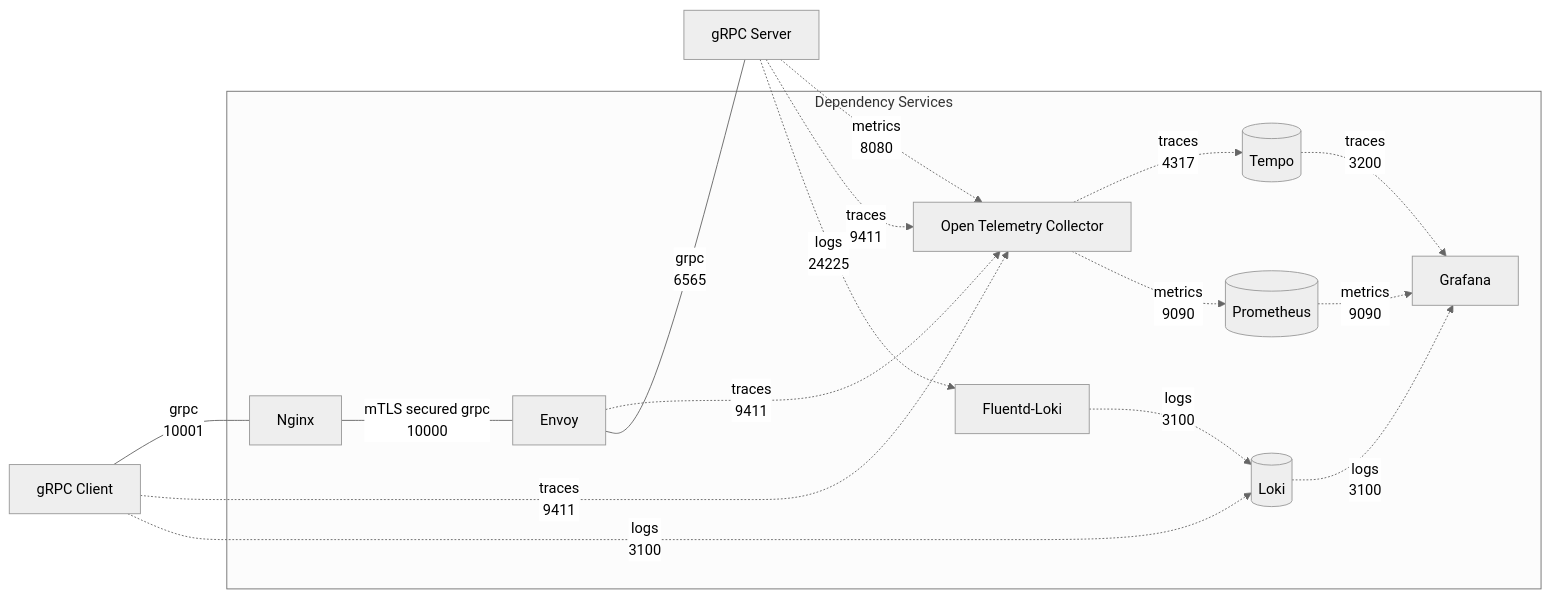
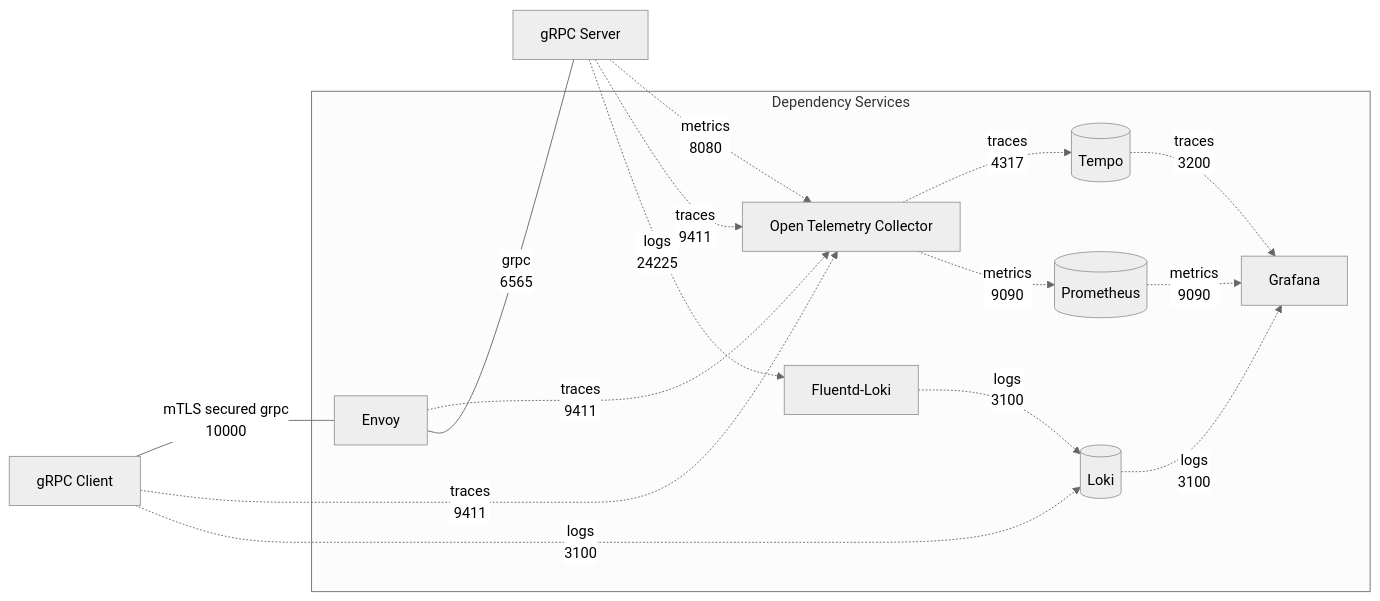
Before and after one commit to AccelByte/grpc-plugin-dependencies: the diagram in README.md, drawn with Mermaid (neutral theme). The commit also changed other lines of this file and 2 other files, not shown here.

Commit message:
chore: remove nginx

````diff
--- a/README.md
+++ b/README.md
@@ -5,30 +5,29 @@
 ```mermaid
 flowchart LR
     CL[gRPC Client]
     SV[gRPC Server]
 	EN[Envoy]
-    NX[Nginx]
 	OT[Open Telemetry Collector]
     TM[(Tempo)]
     LK[(Loki)]
     PM[(Prometheus)]
     GF[Grafana]	
     FL[Fluentd-Loki]
 	subgraph Dependency Services
-        NX ---|mTLS secured grpc\n10000| EN
+
         EN -.->|traces\n9411| OT
         OT -.->|traces\n4317| TM
         OT -.->|metrics\n9090| PM
         FL -.->|logs\n3100| LK
         TM -.->|traces\n3200| GF
         PM -.->|metrics\n9090| GF
         LK -.->|logs\n3100| GF
     end
-    CL ---|grpc\n10001| NX
+    CL ---|mTLS secured grpc\n10000| EN
     CL -.->|traces\n9411| OT
     CL -.->|logs\n3100| LK
     EN ---|grpc\n6565| SV
     SV -.->|metrics\n8080| OT
     SV -.->|traces\n9411| OT
     SV -.->|logs\n24225| FL
 ```
````
